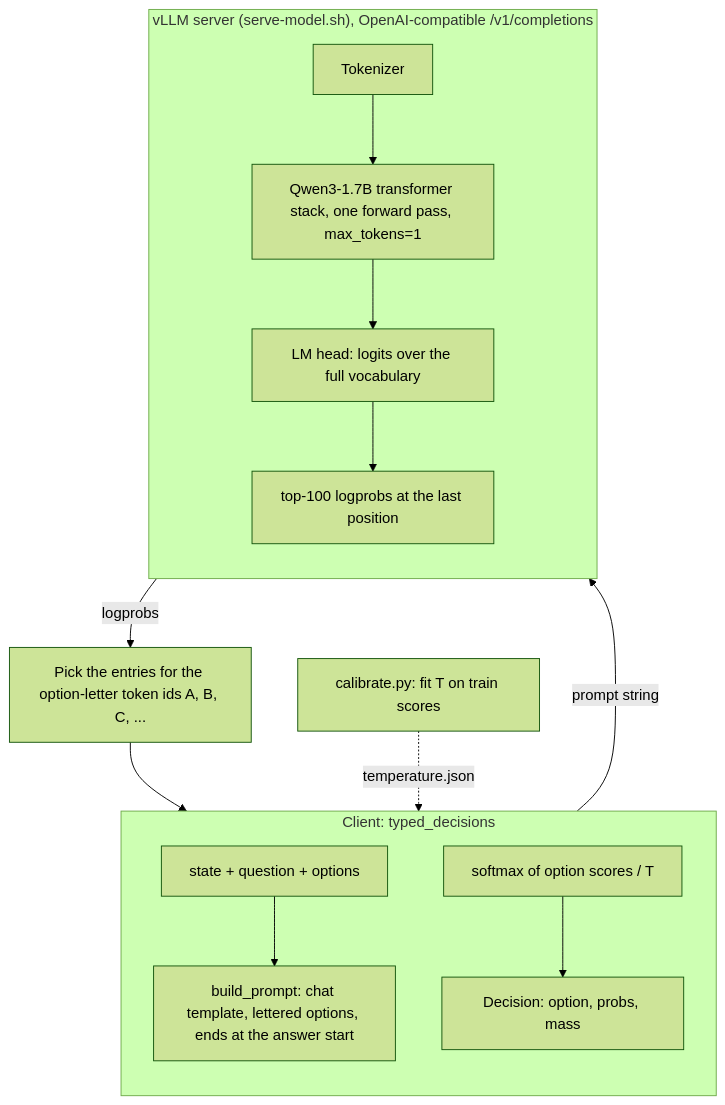
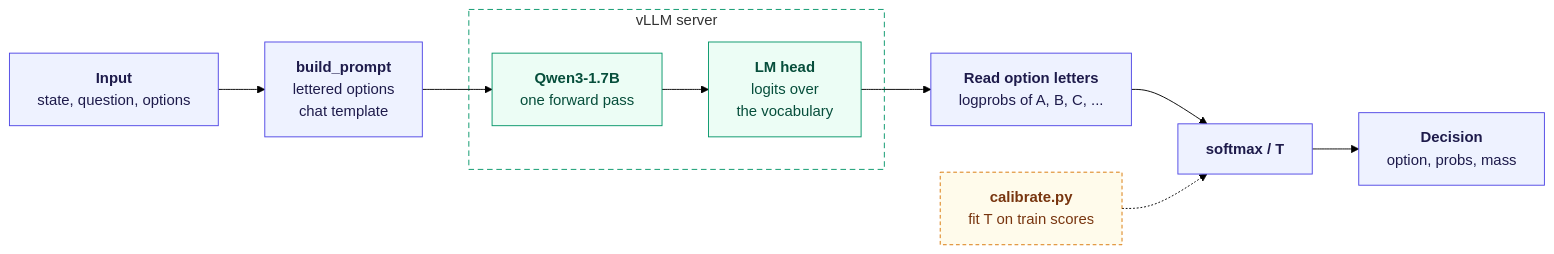
One commit to renziver/typed-decisions changed the diagram in README.md. Above: the diagram before and after it, drawn with Mermaid (forest theme). The commit also changed other lines of this file, not shown here.

Commit message:
docs: simplify diagram, add educational caveat, drop backend comparison

````diff
--- a/README.md
+++ b/README.md
@@ -27,21 +29,22 @@
 ```mermaid
-flowchart TD
-    subgraph client["Client: typed_decisions"]
-        direction TB
-        in["state + question + options"] --> prompt["build_prompt: chat template, lettered options, ends at the answer start"]
-        post["softmax of option scores / T"] --> out["Decision: option, probs, mass"]
+flowchart LR
+    A["<b>Input</b><br/>state, question, options"] --> B["<b>build_prompt</b><br/>lettered options<br/>chat template"]
+
+    subgraph S["vLLM server"]
+        C["<b>Qwen3-1.7B</b><br/>one forward pass"] --> D["<b>LM head</b><br/>logits over<br/>the vocabulary"]
     end
 
-    subgraph server["vLLM server (serve-model.sh), OpenAI-compatible /v1/completions"]
-        direction TB
-        tok["Tokenizer"] --> qwen["Qwen3-1.7B transformer stack, one forward pass, max_tokens=1"]
-        qwen --> head["LM head: logits over the full vocabulary"]
-        head --> lp["top-100 logprobs at the last position"]
-    end
+    B --> C
+    D --> E["<b>Read option letters</b><br/>logprobs of A, B, C, ..."]
+    E --> F["<b>softmax / T</b>"]
+    F --> G["<b>Decision</b><br/>option, probs, mass"]
+    H["<b>calibrate.py</b><br/>fit T on train scores"] -.-> F
 
-    prompt -->|"prompt string"| tok
-    lp -->|"logprobs"| pick["Pick the entries for the option-letter token ids A, B, C, ..."]
-    pick --> post
-
-    cal["calibrate.py: fit T on train scores"] -.->|"temperature.json"| post
+    classDef client fill:#eef2ff,stroke:#4f46e5,color:#1e1b4b
+    classDef model fill:#ecfdf5,stroke:#059669,color:#064e3b
+    classDef offline fill:#fffbeb,stroke:#d97706,color:#78350f,stroke-dasharray:4 3
+    class A,B,E,F,G client
+    class C,D model
+    class H offline
+    style S fill:none,stroke:#059669,stroke-dasharray:6 4
 ```
````
